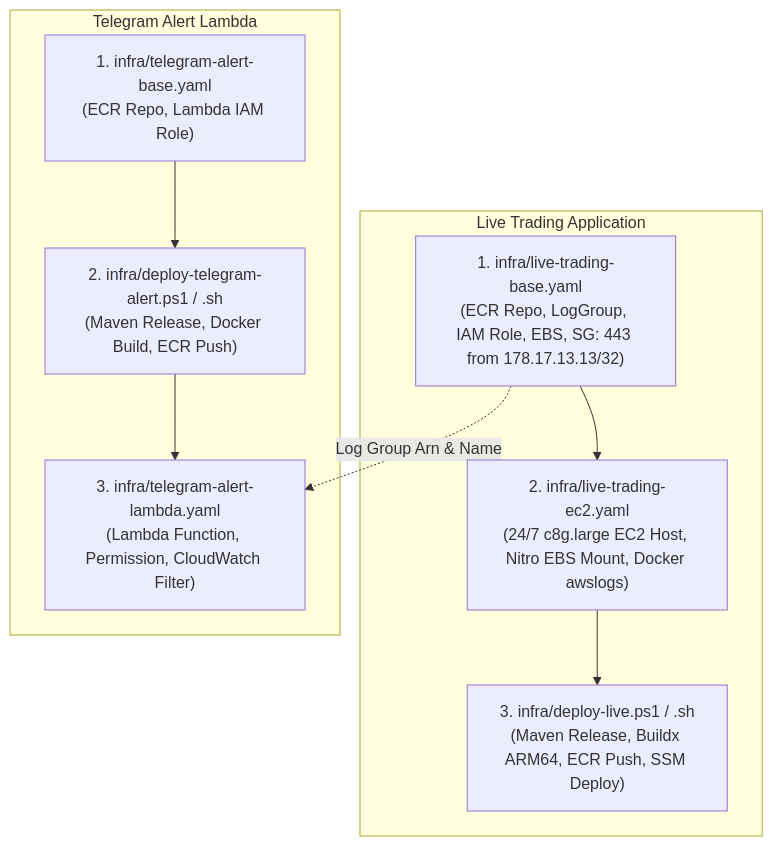
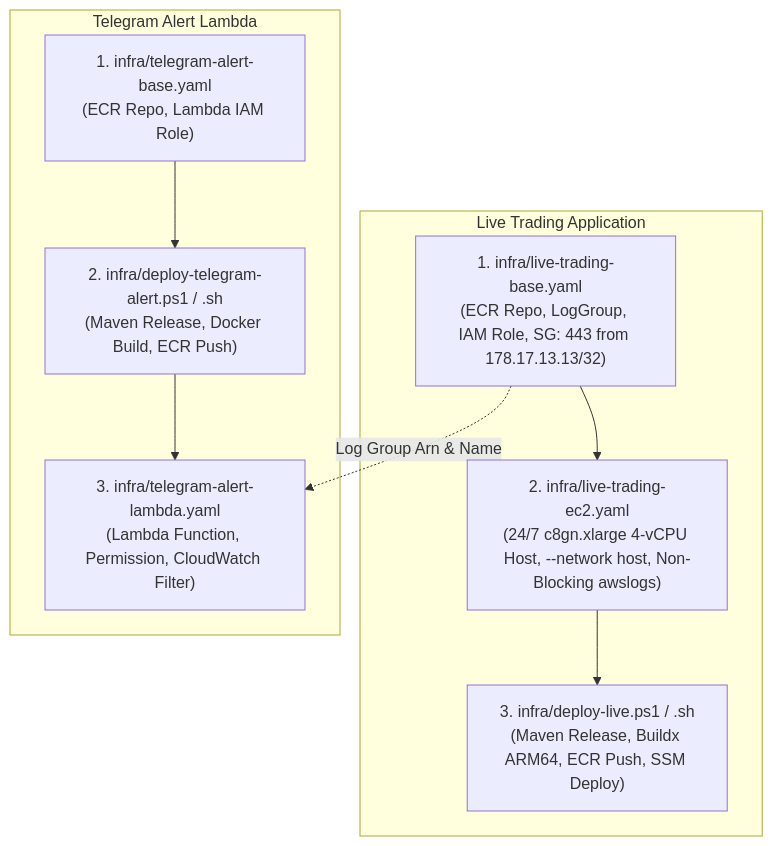
One commit to amuradon/polymarket-bot changed the diagram in DEPLOYMENT.md. Above: the diagram before and after it, drawn with Mermaid. The commit also changed other lines of this file and 26 other files, not shown here.

Commit message:
feat(live,connector,infra): implement 4-core lock-free pipeline, c8gn.xlarge, ZGC, and OS/thread telemetry

````diff
--- a/DEPLOYMENT.md
+++ b/DEPLOYMENT.md
@@ -13,20 +13,20 @@
 ```mermaid
 flowchart TD
     subgraph LiveTrading["Live Trading Application"]
-        LT_Base["1. infra/live-trading-base.yaml<br/>(ECR Repo, LogGroup, IAM Role, EBS, SG: 443 from 178.17.13.13/32)"]
-        LT_EC2["2. infra/live-trading-ec2.yaml<br/>(24/7 c8g.large EC2 Host, Nitro EBS Mount, Docker awslogs)"]
+        LT_Base["1. infra/live-trading-base.yaml<br/>(ECR Repo, LogGroup, IAM Role, SG: 443 from 178.17.13.13/32)"]
+        LT_EC2["2. infra/live-trading-ec2.yaml<br/>(24/7 c8gn.xlarge 4-vCPU Host, --network host, Non-Blocking awslogs)"]
         LT_Script["3. infra/deploy-live.ps1 / .sh<br/>(Maven Release, Buildx ARM64, ECR Push, SSM Deploy)"]
         LT_Base --> LT_EC2
         LT_EC2 --> LT_Script
     end
 
     subgraph TelegramAlert["Telegram Alert Lambda"]
         TA_Base["1. infra/telegram-alert-base.yaml<br/>(ECR Repo, Lambda IAM Role)"]
         TA_Script["2. infra/deploy-telegram-alert.ps1 / .sh<br/>(Maven Release, Docker Build, ECR Push)"]
         TA_Lambda["3. infra/telegram-alert-lambda.yaml<br/>(Lambda Function, Permission, CloudWatch Filter)"]
         TA_Base --> TA_Script
         TA_Script --> TA_Lambda
     end
 
     LT_Base -.->|Log Group Arn & Name| TA_Lambda
 ```
````
